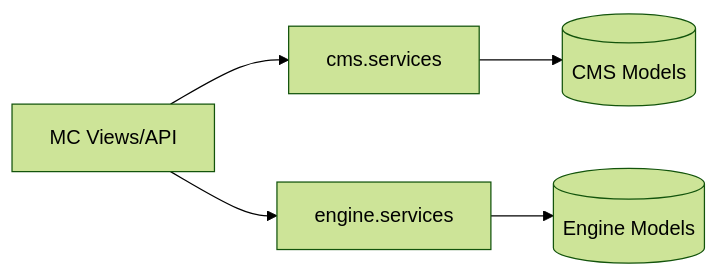
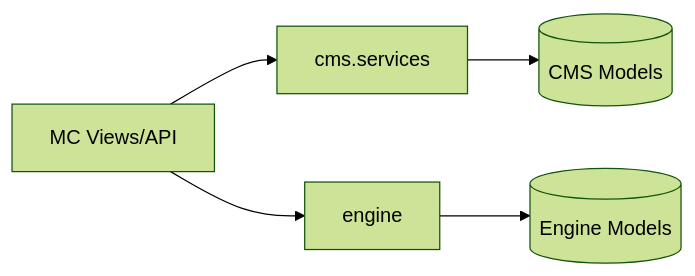
Before and after one commit to PaloAltoNetworks/shifter: the second of 3 diagrams in shifter/shifter_platform/documentation/docs/shifter_platform/index.md, drawn with Mermaid (forest theme). The commit also changed other lines of this file and 82 other files, not shown here.

Commit message:
Add shared schemas for range config

````diff
--- a/shifter/shifter_platform/documentation/docs/shifter_platform/index.md
+++ b/shifter/shifter_platform/documentation/docs/shifter_platform/index.md
@@ -48,7 +48,7 @@
 ```mermaid
 graph LR
     Views[MC Views/API] --> CMS[cms.services]
-    Views --> ENG[engine.services]
+    Views --> ENG[engine]
     CMS --> CMS_Models[(CMS Models)]
     ENG --> ENG_Models[(Engine Models)]
 ```
````
